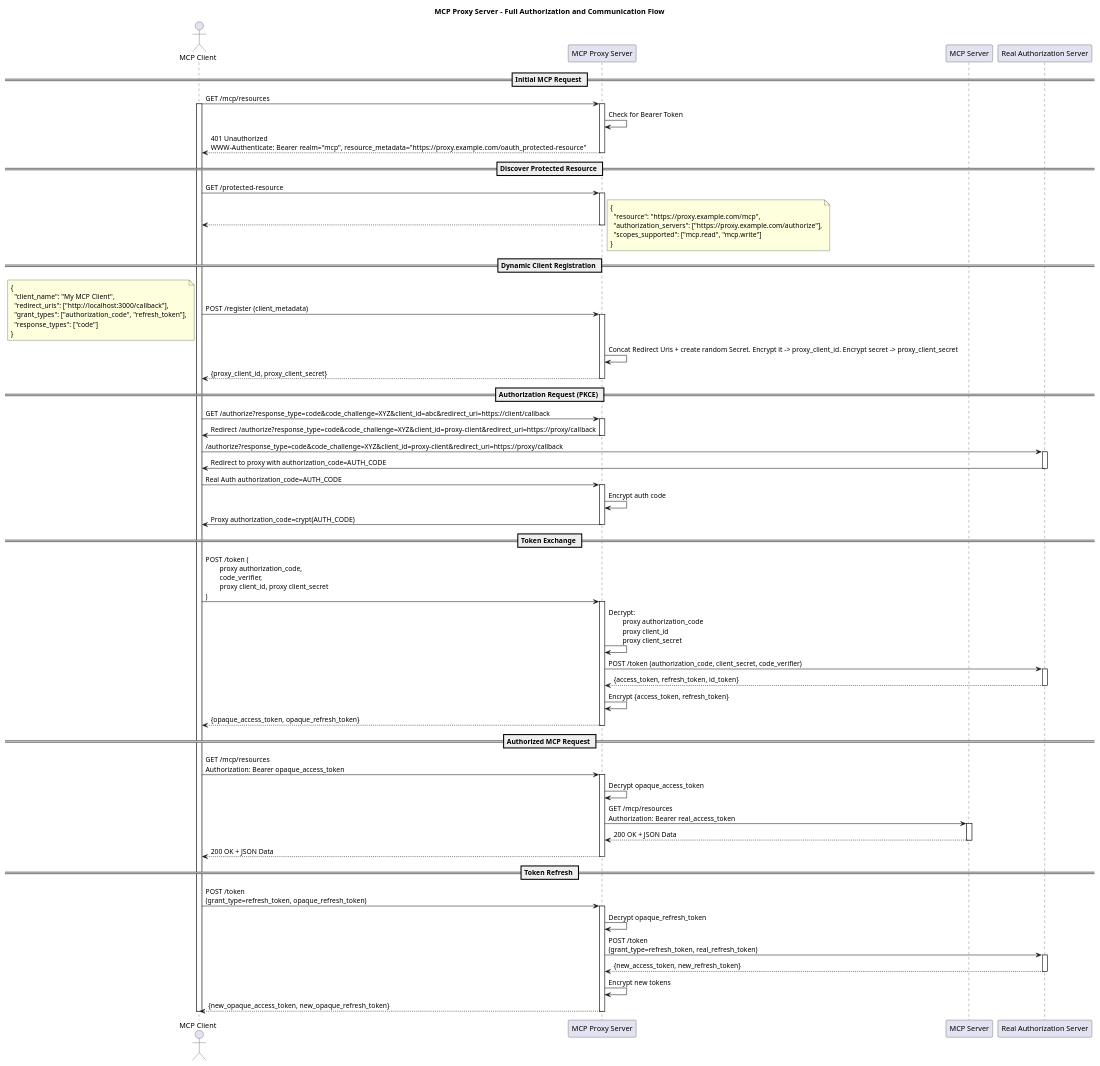
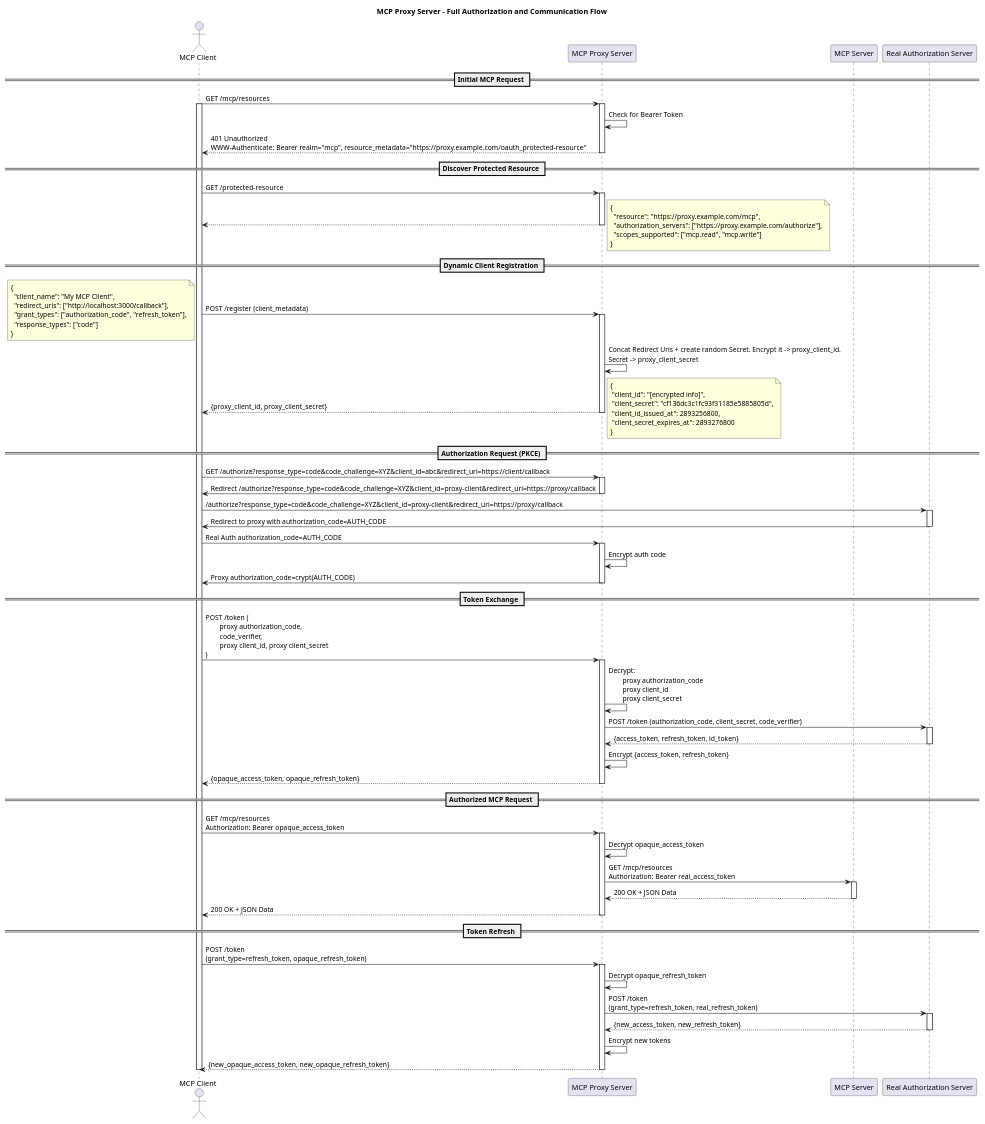
Before and after one commit to maurik77/mcp-janus: the diagram in docs/auth-flow.md, drawn with PlantUML.

```diff
--- a/docs/auth-flow.md
+++ b/docs/auth-flow.md
@@ -41,8 +41,16 @@
 }
 end note
 activate Proxy
-Proxy -> Proxy: Concat Redirect Uris + create random Secret. Encrypt it -> proxy_client_id. Encrypt secret -> proxy_client_secret
+Proxy -> Proxy:Concat Redirect Uris + create random Secret. Encrypt it -> proxy_client_id. \nSecret -> proxy_client_secret
 Proxy --> Client: {proxy_client_id, proxy_client_secret}
+note right
+     {
+      "client_id": "[encrypted info]",
+      "client_secret": "cf136dc3c1fc93f31185e5885805d",
+      "client_id_issued_at": 2893256800,
+      "client_secret_expires_at": 2893276800
+     }
+end note
 deactivate Proxy
 
 == Authorization Request (PKCE) ==
```
